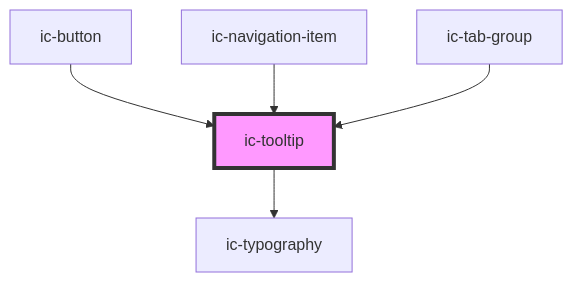
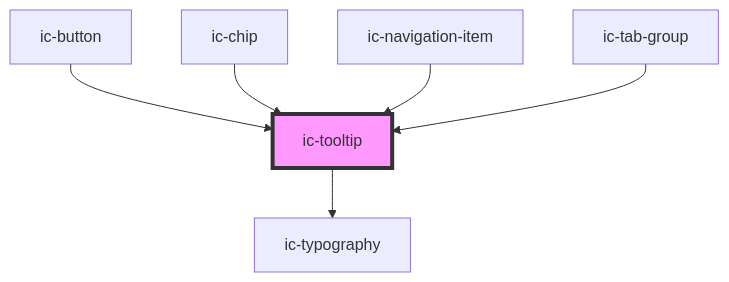
One commit to mi6/ic-ui-kit changed the diagram in packages/web-components/src/components/ic-tooltip/readme.md. Above: the diagram before and after it, drawn with Mermaid. The commit also changed other lines of this file and 32 other files, not shown here.

````diff
--- a/packages/web-components/src/components/ic-tooltip/readme.md
+++ b/packages/web-components/src/components/ic-tooltip/readme.md
@@ -31,8 +32,9 @@
 ```mermaid
 graph TD;
   ic-tooltip --> ic-typography
   ic-button --> ic-tooltip
+  ic-chip --> ic-tooltip
   ic-navigation-item --> ic-tooltip
   ic-tab-group --> ic-tooltip
   style ic-tooltip fill:#f9f,stroke:#333,stroke-width:4px
 ```
````
